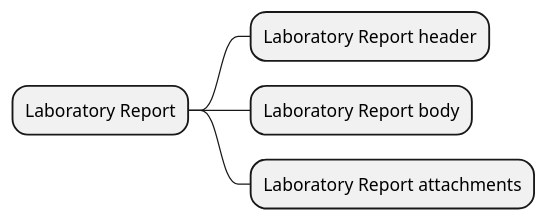
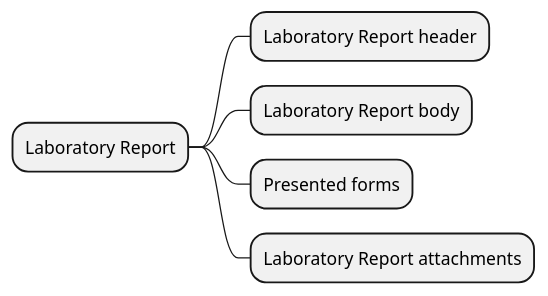
The diagram in input/images-source/labReport_CIM.plantuml (Xt-EHR/xt-ehr-common), drawn with PlantUML before and after one commit.

```diff
--- a/input/images-source/labReport_CIM.plantuml
+++ b/input/images-source/labReport_CIM.plantuml
@@ -1,6 +1,7 @@
 @startmindmap
 * Laboratory Report
 ** Laboratory Report header
 ** Laboratory Report body
+** Presented forms
 ** Laboratory Report attachments
 @endmindmap
```
